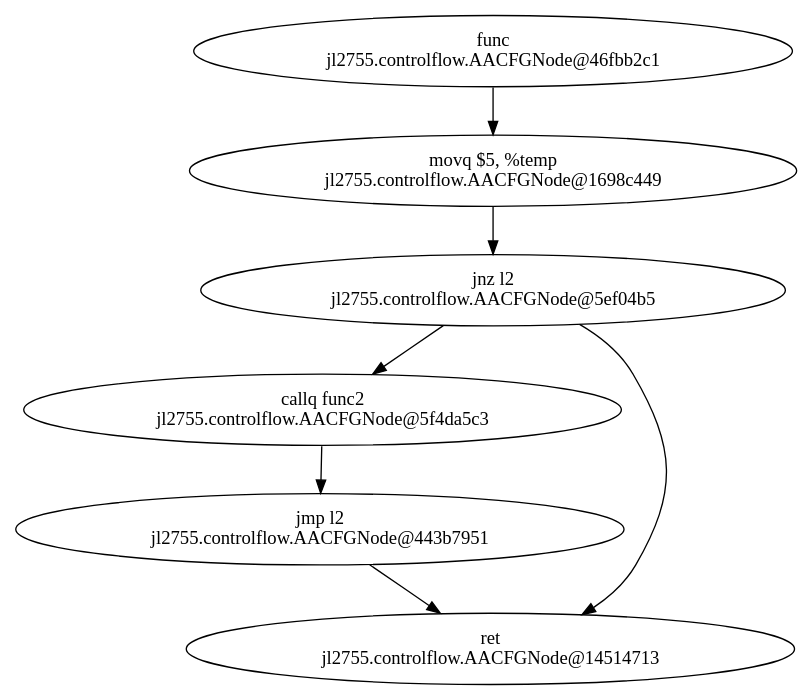
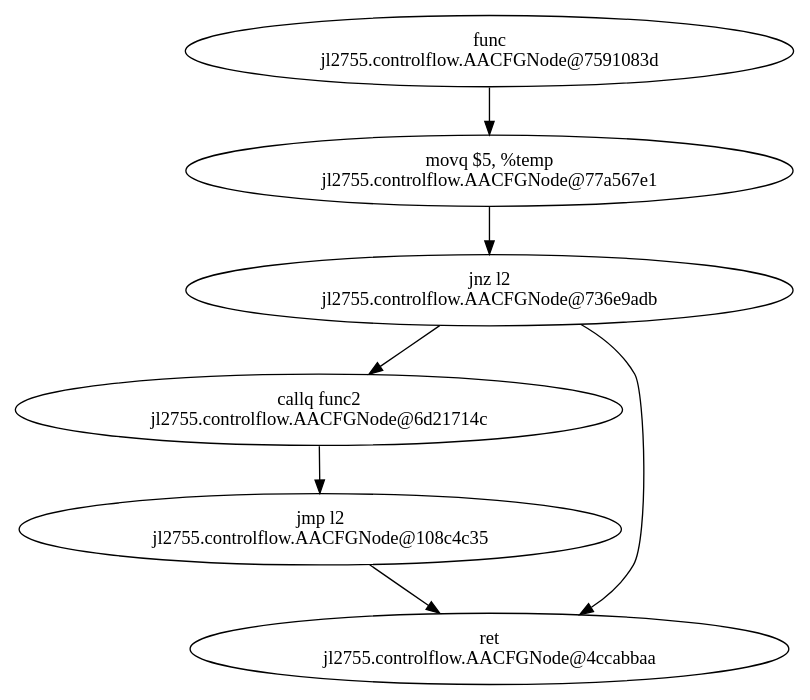
The diagram in PA7/cfgtest_main_initial.dot (juhee0202/CS4120), drawn with Graphviz before and after one commit. The commit also changed 3 other files, not shown here.

```diff
--- a/PA7/cfgtest_main_initial.dot
+++ b/PA7/cfgtest_main_initial.dot
@@ -1,24 +1,22 @@
 digraph {
 {	rankdir=LR
 	node[shape=box]
 }	"func
-jl2755.controlflow.AACFGNode@46fbb2c1" -> {"movq	$5, %temp
-jl2755.controlflow.AACFGNode@1698c449"}
+jl2755.controlflow.AACFGNode@7591083d" -> {"movq	$5, %temp
+jl2755.controlflow.AACFGNode@77a567e1"}
 	"movq	$5, %temp
-jl2755.controlflow.AACFGNode@1698c449" -> {"jnz	l2
-jl2755.controlflow.AACFGNode@5ef04b5"}
+jl2755.controlflow.AACFGNode@77a567e1" -> {"jnz	l2
+jl2755.controlflow.AACFGNode@736e9adb"}
 	"jnz	l2
-jl2755.controlflow.AACFGNode@5ef04b5" -> {"callq	func2
-jl2755.controlflow.AACFGNode@5f4da5c3", "ret
-jl2755.controlflow.AACFGNode@14514713"}
+jl2755.controlflow.AACFGNode@736e9adb" -> {"callq	func2
+jl2755.controlflow.AACFGNode@6d21714c", "ret
+jl2755.controlflow.AACFGNode@4ccabbaa"}
 	"callq	func2
-jl2755.controlflow.AACFGNode@5f4da5c3" -> {"jmp	l2
-jl2755.controlflow.AACFGNode@443b7951"}
+jl2755.controlflow.AACFGNode@6d21714c" -> {"jmp	l2
+jl2755.controlflow.AACFGNode@108c4c35"}
 	"jmp	l2
-jl2755.controlflow.AACFGNode@443b7951" -> {"ret
-jl2755.controlflow.AACFGNode@14514713"}
+jl2755.controlflow.AACFGNode@108c4c35" -> {"ret
+jl2755.controlflow.AACFGNode@4ccabbaa"}
 	"ret
-jl2755.controlflow.AACFGNode@14514713" -> {}
-	"ret
-jl2755.controlflow.AACFGNode@14514713" -> {}
+jl2755.controlflow.AACFGNode@4ccabbaa" -> {}
 }
```
